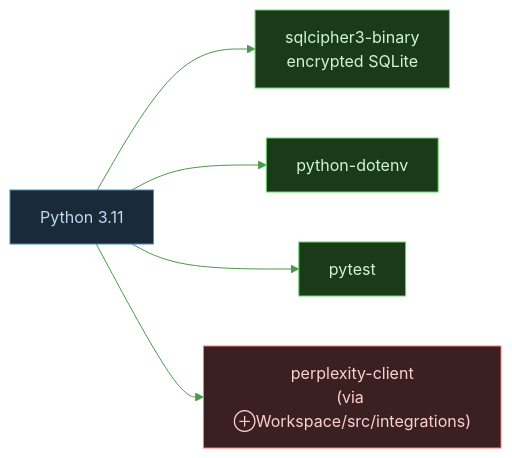
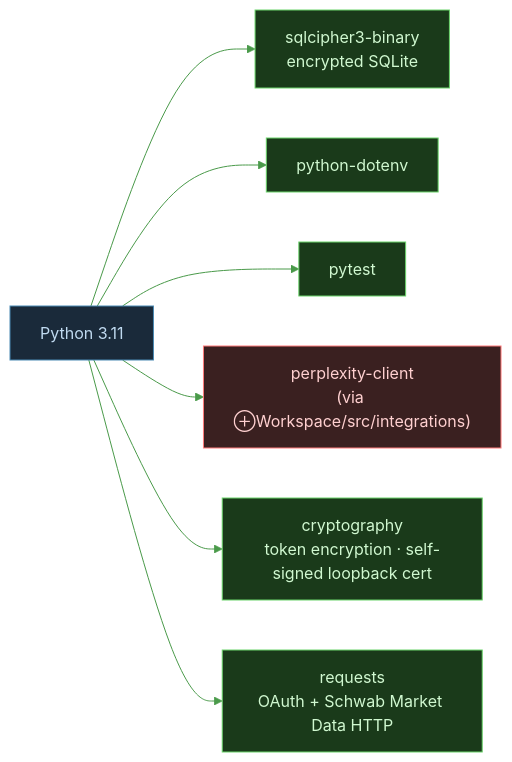
One commit to tylerdrakemusic/-Workspace changed the diagram in diagrams/capital-tech-stack.mmd. Above: the diagram before and after it, drawn with Mermaid. The commit also changed 3 other files, not shown here.

First line of the commit message:
diagrams: reflect Schwab API M1 in Capital architecture (FR-20260628) (#235)

```diff
--- a/diagrams/capital-tech-stack.mmd
+++ b/diagrams/capital-tech-stack.mmd
@@ -1,21 +1,23 @@
 %%{init: {'theme': 'base', 'themeVariables': {'primaryColor': '#1a3a1a', 'primaryTextColor': '#d0f8d0', 'edgeLabelBackground': '#0f1318', 'lineColor': '#4a9a4a'}}}%%
 graph LR
     Python[Python 3.11] --> SQLCipher[sqlcipher3-binary<br/>encrypted SQLite]
     Python --> Dotenv[python-dotenv]
     Python --> Pytest[pytest]
     Python --> Perplexity["perplexity-client<br/>(via ⊕Workspace/src/integrations)"]
+    Python --> Crypto["cryptography<br/>token encryption · self-signed loopback cert"]
+    Python --> Requests["requests<br/>OAuth + Schwab Market Data HTTP"]
     class Python lang
-    class SQLCipher,Dotenv,Pytest lib
+    class SQLCipher,Dotenv,Pytest,Crypto,Requests lib
     class Perplexity ext
 
 classDef life     fill:#1a2e3a,stroke:#6ab4d4,color:#d0ecf8
 classDef music    fill:#3a1a24,stroke:#d47a8f,color:#f8d0dc
 classDef quantum  fill:#251a3a,stroke:#a07adf,color:#e8d0f8
 classDef manifest fill:#3a2e1a,stroke:#d4a96a,color:#f8ead0
 classDef capital  fill:#1a3a1a,stroke:#6ad46a,color:#d0f8d0
 classDef ws       fill:#1a3a30,stroke:#6ad4b4,color:#d0f8ee
 classDef tyler    fill:#2a1a3a,stroke:#9e4aff,color:#fff
 classDef ext      fill:#3a2020,stroke:#ff7a7a,color:#ffd0d0
 classDef db       fill:#3a3010,stroke:#d4c050,color:#f8f0c0
 classDef lang     fill:#1a2a3a,stroke:#4a8ab4,color:#c0daf0
 classDef lib      fill:#1a3a1a,stroke:#6ad46a,color:#d0f8d0
```
